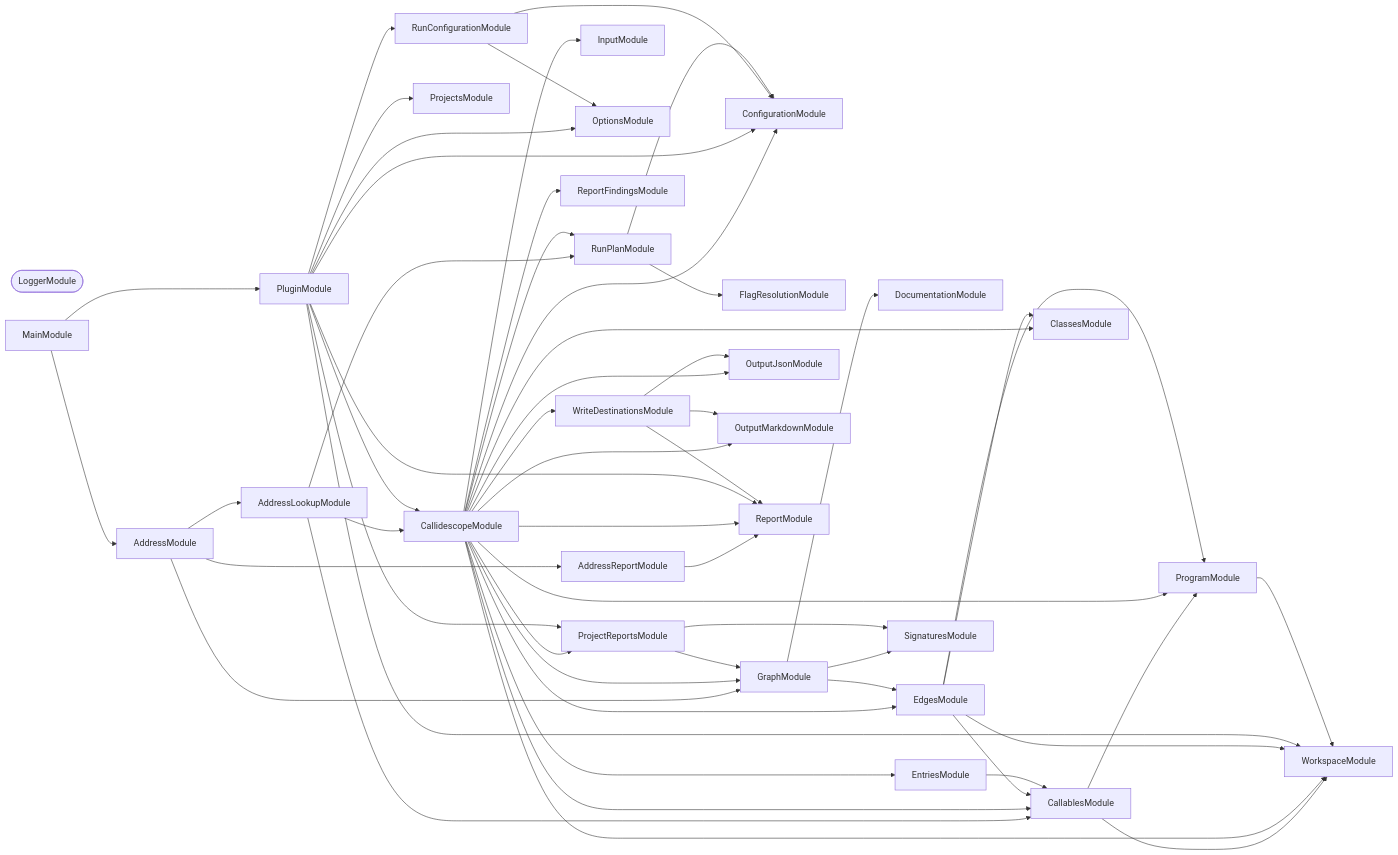
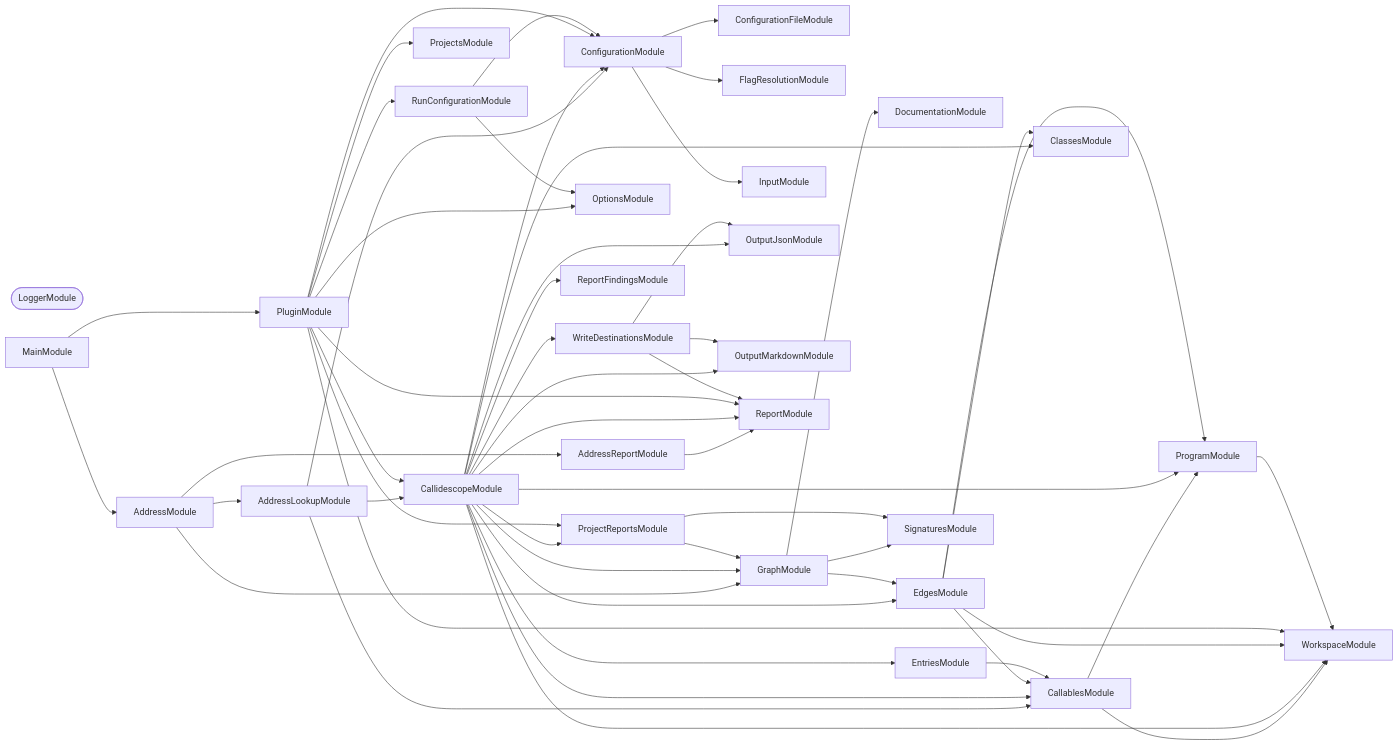
The second of 3 diagrams in packages/ic-suite/callidescope/callidescope-nx/README.md (JimmyPaolini/codebase), drawn with Mermaid before and after one commit. The commit also changed other lines of this file and 165 other files, not shown here.

First line of the commit message:
refactor(callidescope,configuration,dependencies): ♻️ put callidescope on the five-layer spine (#917)

```diff
--- a/packages/ic-suite/callidescope/callidescope-nx/README.md
+++ b/packages/ic-suite/callidescope/callidescope-nx/README.md
@@ -333,6 +335,7 @@
   CallablesModule
   CallidescopeModule
   ClassesModule
+  ConfigurationFileModule
   ConfigurationModule
   DocumentationModule
   EdgesModule
@@ -352,13 +355,12 @@
   ReportFindingsModule
   ReportModule
   RunConfigurationModule
-  RunPlanModule
   SignaturesModule
   WorkspaceModule
   WriteDestinationsModule
   AddressLookupModule --> CallablesModule
   AddressLookupModule --> CallidescopeModule
-  AddressLookupModule --> RunPlanModule
+  AddressLookupModule --> ConfigurationModule
   AddressModule --> AddressLookupModule
   AddressModule --> AddressReportModule
   AddressModule --> GraphModule
@@ -371,16 +373,17 @@
   CallidescopeModule --> EdgesModule
   CallidescopeModule --> EntriesModule
   CallidescopeModule --> GraphModule
-  CallidescopeModule --> InputModule
   CallidescopeModule --> OutputJsonModule
   CallidescopeModule --> OutputMarkdownModule
   CallidescopeModule --> ProgramModule
   CallidescopeModule --> ProjectReportsModule
   CallidescopeModule --> ReportFindingsModule
   CallidescopeModule --> ReportModule
-  CallidescopeModule --> RunPlanModule
   CallidescopeModule --> WorkspaceModule
   CallidescopeModule --> WriteDestinationsModule
+  ConfigurationModule --> ConfigurationFileModule
+  ConfigurationModule --> FlagResolutionModule
+  ConfigurationModule --> InputModule
   EdgesModule --> CallablesModule
   EdgesModule --> ClassesModule
   EdgesModule --> ProgramModule
@@ -404,8 +407,6 @@
   ProjectReportsModule --> SignaturesModule
   RunConfigurationModule --> ConfigurationModule
   RunConfigurationModule --> OptionsModule
-  RunPlanModule --> ConfigurationModule
-  RunPlanModule --> FlagResolutionModule
   WriteDestinationsModule --> OutputJsonModule
   WriteDestinationsModule --> OutputMarkdownModule
   WriteDestinationsModule --> ReportModule
```
